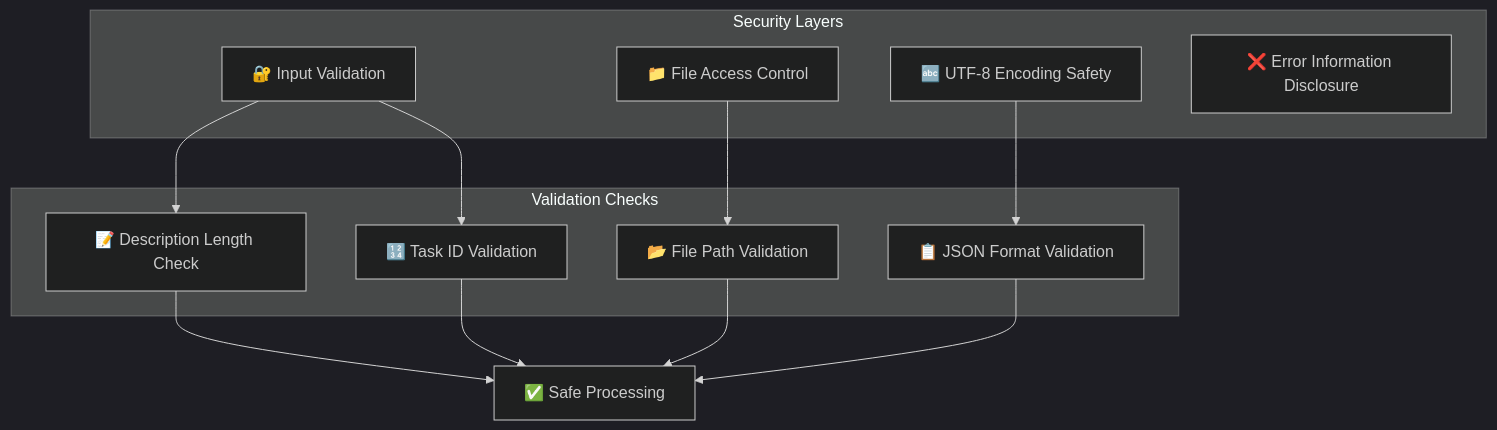
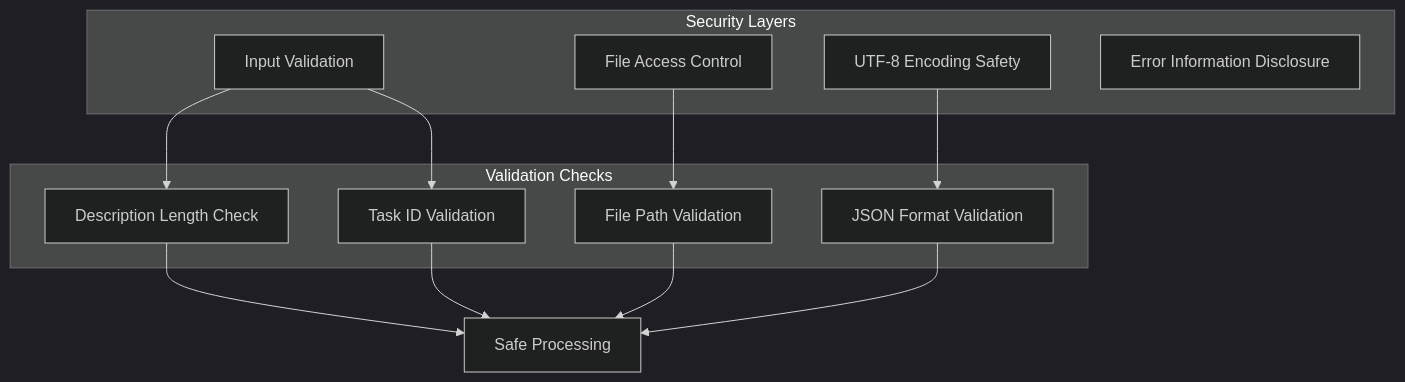
One commit to vickeycheng/AI_Test changed diagram 11 of 18 in shared/design_document.md. Above: the diagram before and after it, drawn with Mermaid (dark theme). The commit also changed other lines of this file, not shown here.

````diff
--- a/shared/design_document.md
+++ b/shared/design_document.md
@@ -627,26 +627,26 @@
 ```mermaid
 flowchart TD
-    subgraph "Security Layers"
-        INPUT[🔐 Input Validation]
-        FILE[📁 File Access Control]
-        ENCODING[🔤 UTF-8 Encoding Safety]
-        ERROR[❌ Error Information Disclosure]
-    end
-    
-    subgraph "Validation Checks"
-        DESC_CHECK[📝 Description Length Check]
-        ID_CHECK[🔢 Task ID Validation]
-        PATH_CHECK[📂 File Path Validation]
-        JSON_CHECK[📋 JSON Format Validation]
-    end
-    
-    INPUT --> DESC_CHECK
-    INPUT --> ID_CHECK
-    FILE --> PATH_CHECK
-    ENCODING --> JSON_CHECK
-    
-    DESC_CHECK --> SAFE_PROCESS[✅ Safe Processing]
-    ID_CHECK --> SAFE_PROCESS
-    PATH_CHECK --> SAFE_PROCESS
-    JSON_CHECK --> SAFE_PROCESS
+ subgraph "Security Layers"
+ INPUT[ Input Validation]
+ FILE[ File Access Control]
+ ENCODING[ UTF-8 Encoding Safety]
+ ERROR[ Error Information Disclosure]
+ end
+ 
+ subgraph "Validation Checks"
+ DESC_CHECK[ Description Length Check]
+ ID_CHECK[ Task ID Validation]
+ PATH_CHECK[ File Path Validation]
+ JSON_CHECK[ JSON Format Validation]
+ end
+ 
+ INPUT --> DESC_CHECK
+ INPUT --> ID_CHECK
+ FILE --> PATH_CHECK
+ ENCODING --> JSON_CHECK
+ 
+ DESC_CHECK --> SAFE_PROCESS[ Safe Processing]
+ ID_CHECK --> SAFE_PROCESS
+ PATH_CHECK --> SAFE_PROCESS
+ JSON_CHECK --> SAFE_PROCESS
 ```
````
